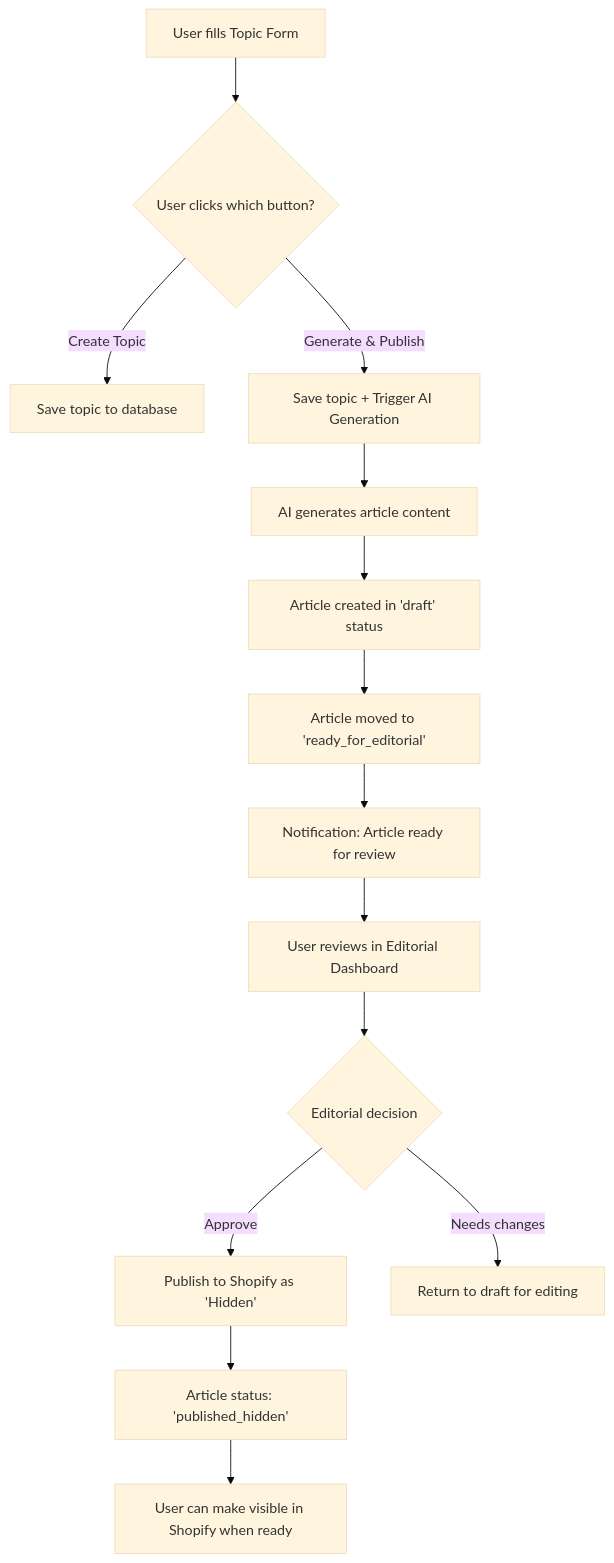
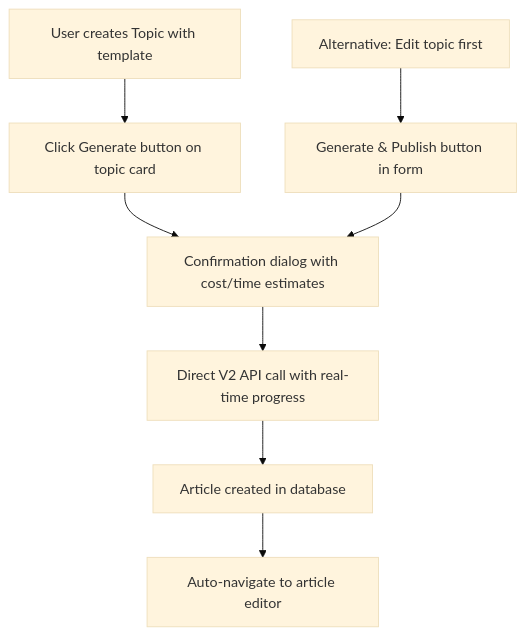
One commit to cdkodi/shopifyblog changed the diagram in V2_Features.md. Above: the diagram before and after it, drawn with Mermaid (base theme). The commit also changed other lines of this file and 5 other files, not shown here.

First line of the commit message:
feat: Simplify Topics generation workflow - eliminate content-generation page complexity

````diff
--- a/V2_Features.md
+++ b/V2_Features.md
@@ -30,19 +31,11 @@
 ```mermaid
 graph TD
-    A[User fills Topic Form] --> B{User clicks which button?}
-    B -->|Create Topic| C[Save topic to database]
-    B -->|Generate & Publish| D[Save topic + Trigger AI Generation]
+    A[User creates Topic with template] --> B[Click Generate button on topic card]
+    B --> C[Confirmation dialog with cost/time estimates]
+    C --> D[Direct V2 API call with real-time progress]
+    D --> E[Article created in database]
+    E --> F[Auto-navigate to article editor]
     
-    D --> E[AI generates article content]
-    E --> F[Article created in 'draft' status]
-    F --> G[Article moved to 'ready_for_editorial']
-    G --> H[Notification: Article ready for review]
-    
-    H --> I[User reviews in Editorial Dashboard]
-    I --> J{Editorial decision}
-    J -->|Approve| K[Publish to Shopify as 'Hidden']
-    J -->|Needs changes| L[Return to draft for editing]
-    
-    K --> M[Article status: 'published_hidden']
-    M --> N[User can make visible in Shopify when ready]
+    G[Alternative: Edit topic first] --> H[Generate & Publish button in form]
+    H --> C
 ```
````
